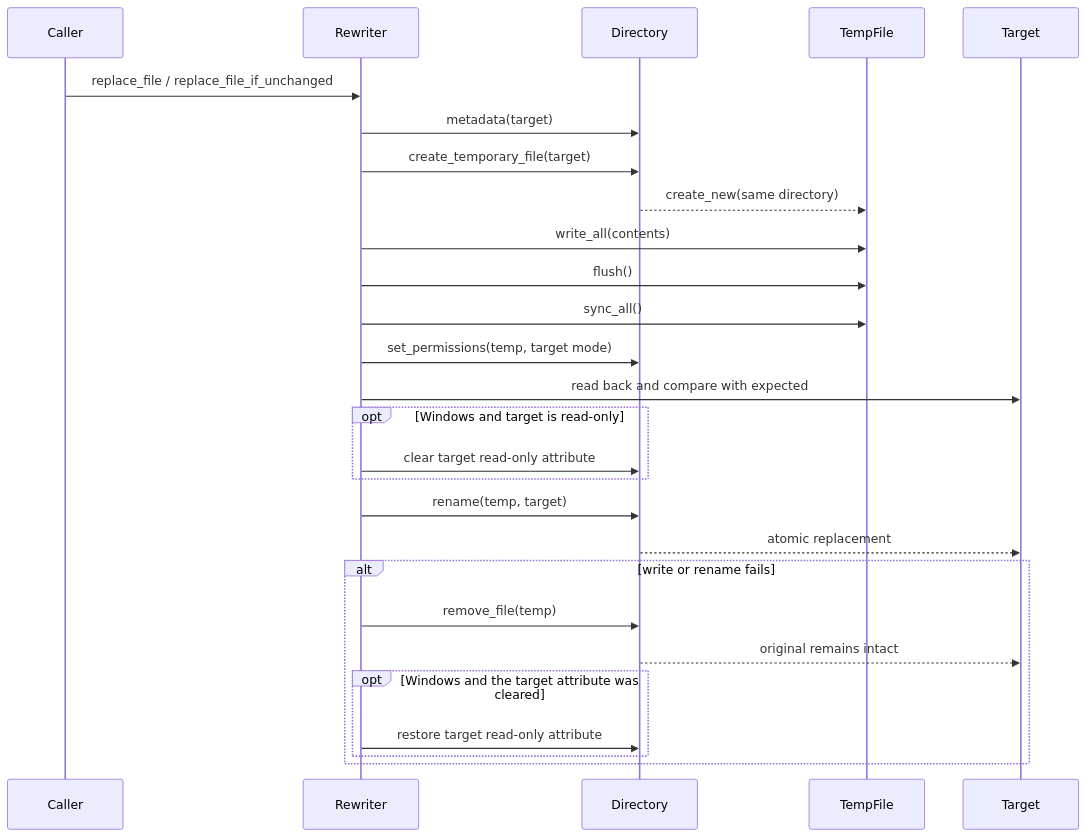
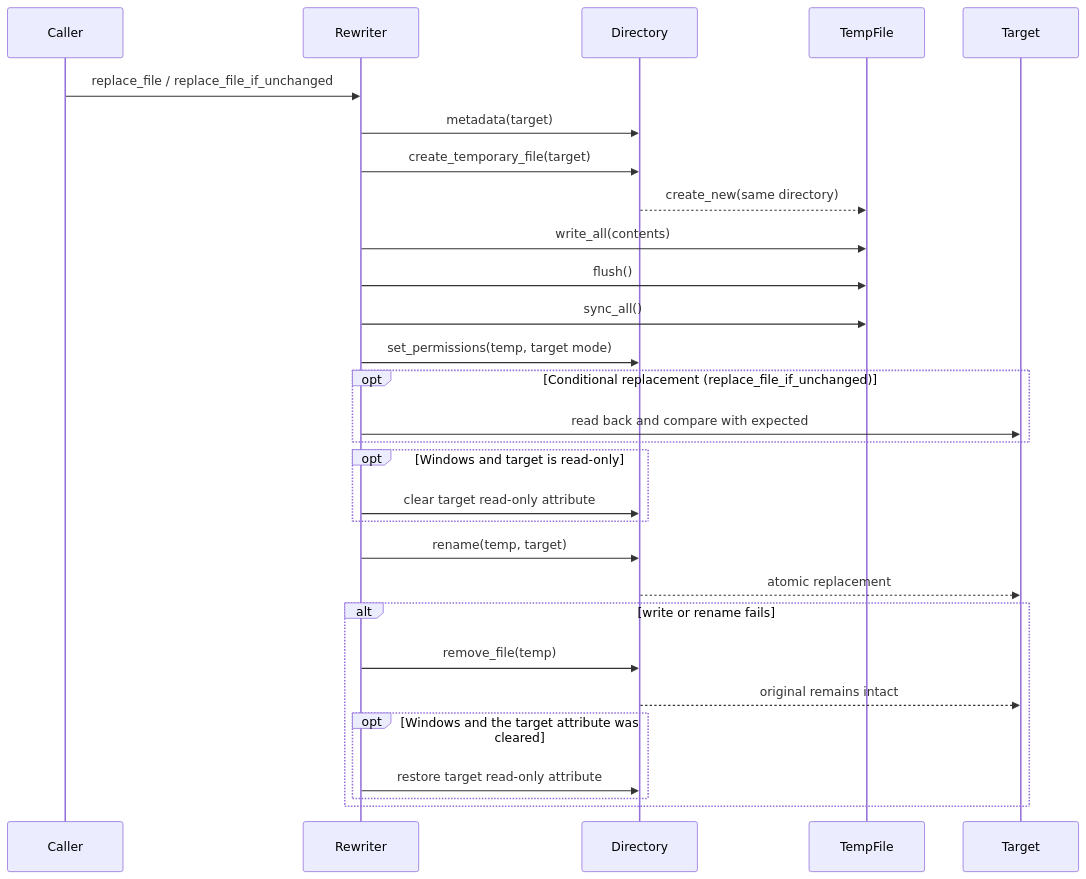
One commit to leynos/mdtablefix changed the ninth of 9 diagrams in docs/architecture.md. Above: the diagram before and after it, drawn with Mermaid. The commit also changed other lines of this file and 26 other files, not shown here.

````diff
--- a/docs/architecture.md
+++ b/docs/architecture.md
@@ -951,30 +952,32 @@
 ```mermaid
 sequenceDiagram
     participant Caller
     participant Rewriter
     participant Directory
     participant TempFile
     participant Target
 
     Caller->>Rewriter: replace_file / replace_file_if_unchanged
     Rewriter->>Directory: metadata(target)
     Rewriter->>Directory: create_temporary_file(target)
     Directory-->>TempFile: create_new(same directory)
     Rewriter->>TempFile: write_all(contents)
     Rewriter->>TempFile: flush()
     Rewriter->>TempFile: sync_all()
     Rewriter->>Directory: set_permissions(temp, target mode)
-    Rewriter->>Target: read back and compare with expected
+    opt Conditional replacement (replace_file_if_unchanged)
+        Rewriter->>Target: read back and compare with expected
+    end
     opt Windows and target is read-only
         Rewriter->>Directory: clear target read-only attribute
     end
     Rewriter->>Directory: rename(temp, target)
     Directory-->>Target: atomic replacement
     alt write or rename fails
         Rewriter->>Directory: remove_file(temp)
         Directory-->>Target: original remains intact
         opt Windows and the target attribute was cleared
             Rewriter->>Directory: restore target read-only attribute
         end
     end
 ```
````
